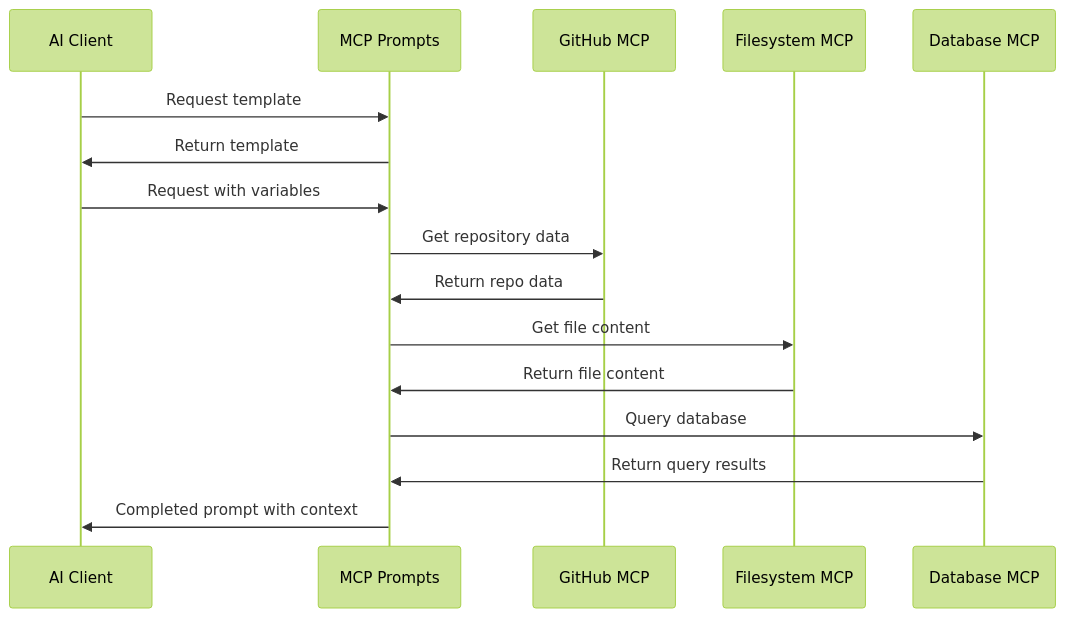
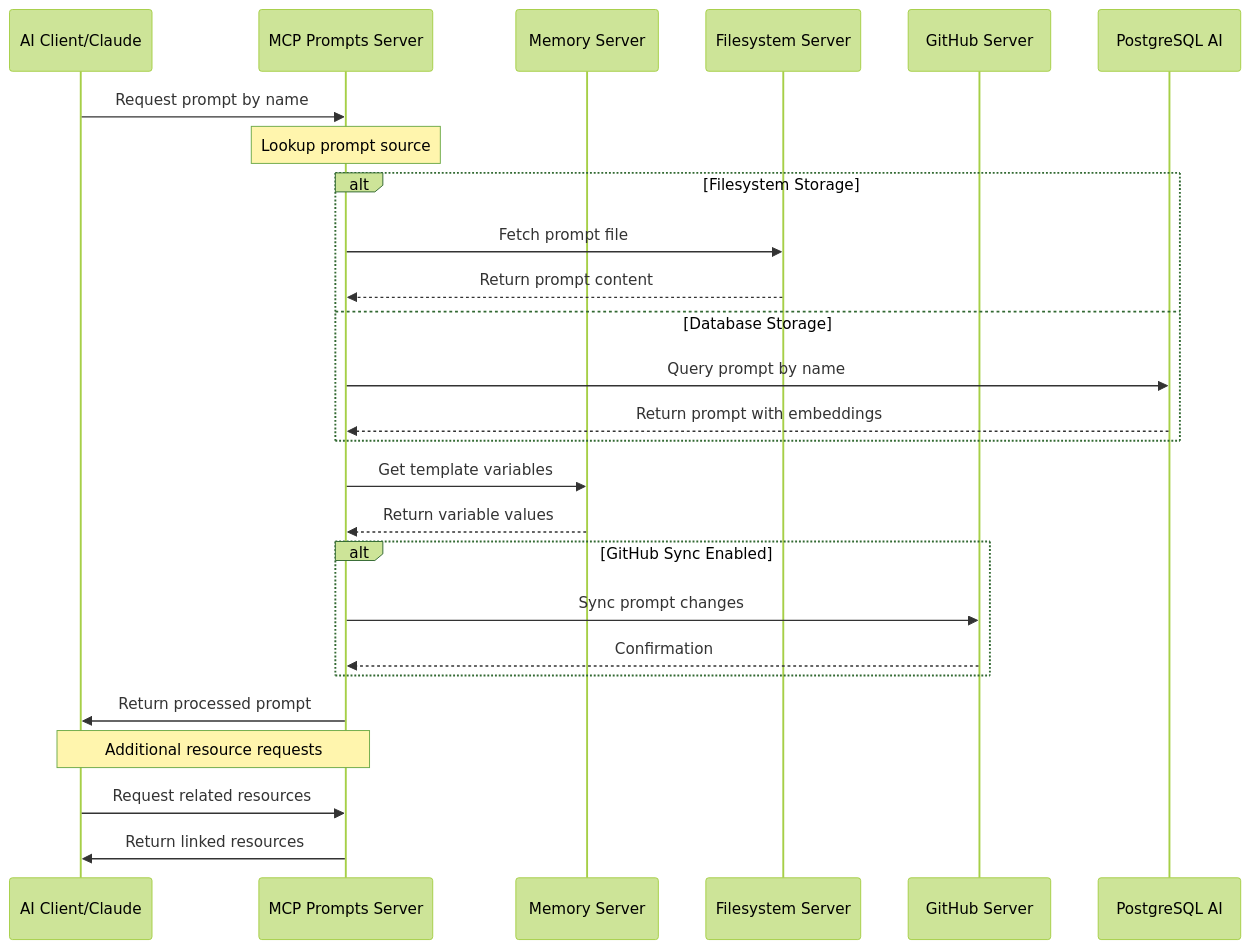
One commit to tjks111/mcp-prompt changed the second of 17 diagrams in README.md. Above: the diagram before and after it, drawn with Mermaid (forest theme). The commit also changed other lines of this file and 104 other files, not shown here.

Commit message:
refactor: update server registration to use new MCP SDK methods, improve Docker configurations, and enhance documentation

````diff
--- a/README.md
+++ b/README.md
@@ -594,21 +608,35 @@
 ```mermaid
 sequenceDiagram
-    participant Client as AI Client
-    participant Prompts as MCP Prompts
-    participant GitHub as GitHub MCP
-    participant FS as Filesystem MCP
-    participant DB as Database MCP
+    participant Client as AI Client/Claude
+    participant MCP as MCP Prompts Server
+    participant Mem as Memory Server
+    participant FS as Filesystem Server
+    participant GH as GitHub Server
+    participant PGAI as PostgreSQL AI
     
-    Client->>Prompts: Request template
-    Prompts->>Client: Return template
+    Client->>MCP: Request prompt by name
+    Note over MCP: Lookup prompt source
     
-    Client->>Prompts: Request with variables
-    Prompts->>GitHub: Get repository data
-    GitHub->>Prompts: Return repo data
-    Prompts->>FS: Get file content
-    FS->>Prompts: Return file content
-    Prompts->>DB: Query database
-    DB->>Prompts: Return query results
+    alt Filesystem Storage
+        MCP->>FS: Fetch prompt file
+        FS-->>MCP: Return prompt content
+    else Database Storage
+        MCP->>PGAI: Query prompt by name
+        PGAI-->>MCP: Return prompt with embeddings
+    end
     
-    Prompts->>Client: Completed prompt with context
+    MCP->>Mem: Get template variables
+    Mem-->>MCP: Return variable values
+    
+    alt GitHub Sync Enabled
+        MCP->>GH: Sync prompt changes
+        GH-->>MCP: Confirmation
+    end
+    
+    MCP->>Client: Return processed prompt
+    
+    Note over Client,MCP: Additional resource requests
+    
+    Client->>MCP: Request related resources
+    MCP->>Client: Return linked resources
 ```
````
